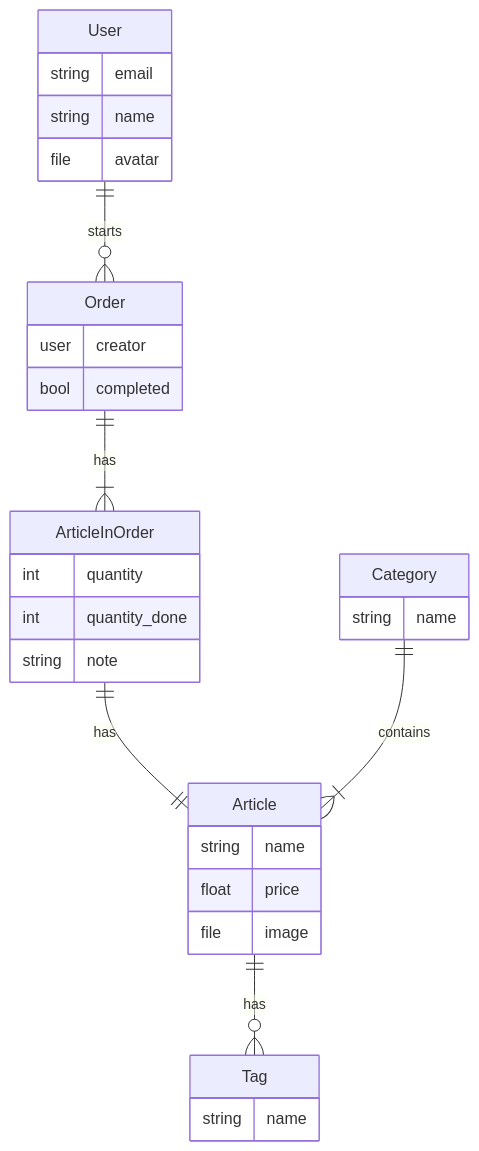
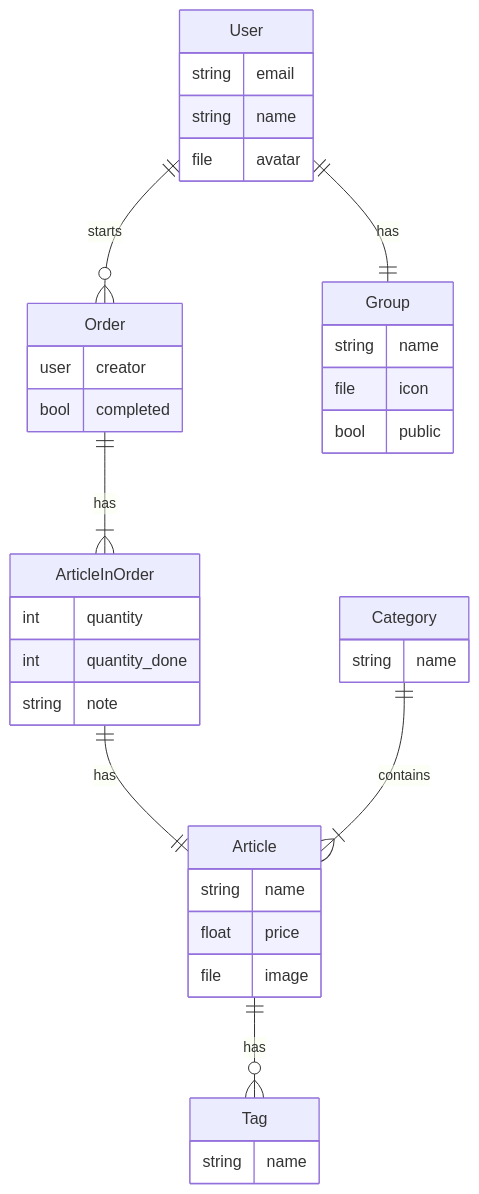
The diagram in README.md (B4T3S/Snacctime), drawn with Mermaid before and after one commit. The commit also changed other lines of this file, not shown here.

Commit message:
Update Roadmap

````diff
--- a/README.md
+++ b/README.md
@@ -16,39 +17,46 @@
 ```mermaid
 erDiagram
     User ||--o{ Order : starts
+    User ||--|| Group : has
     Order ||--|{ ArticleInOrder : has
     ArticleInOrder ||--|| Article : has
     Article ||--o{ Tag : has
     Category ||--|{ Article : contains
 
     User {
         string email
         string name
         file avatar
+    }
+
+    Group {
+        string name
+        file icon
+        bool public
     }
 
     Order {
         user creator
         bool completed
     }
 
     Article {
         string name
         float price
         file image
     }
 
     ArticleInOrder {
         int quantity
         int quantity_done
         string note
     }
 
     Category {
         string name
     }
 
     Tag {
         string name
     }
 ```
````
